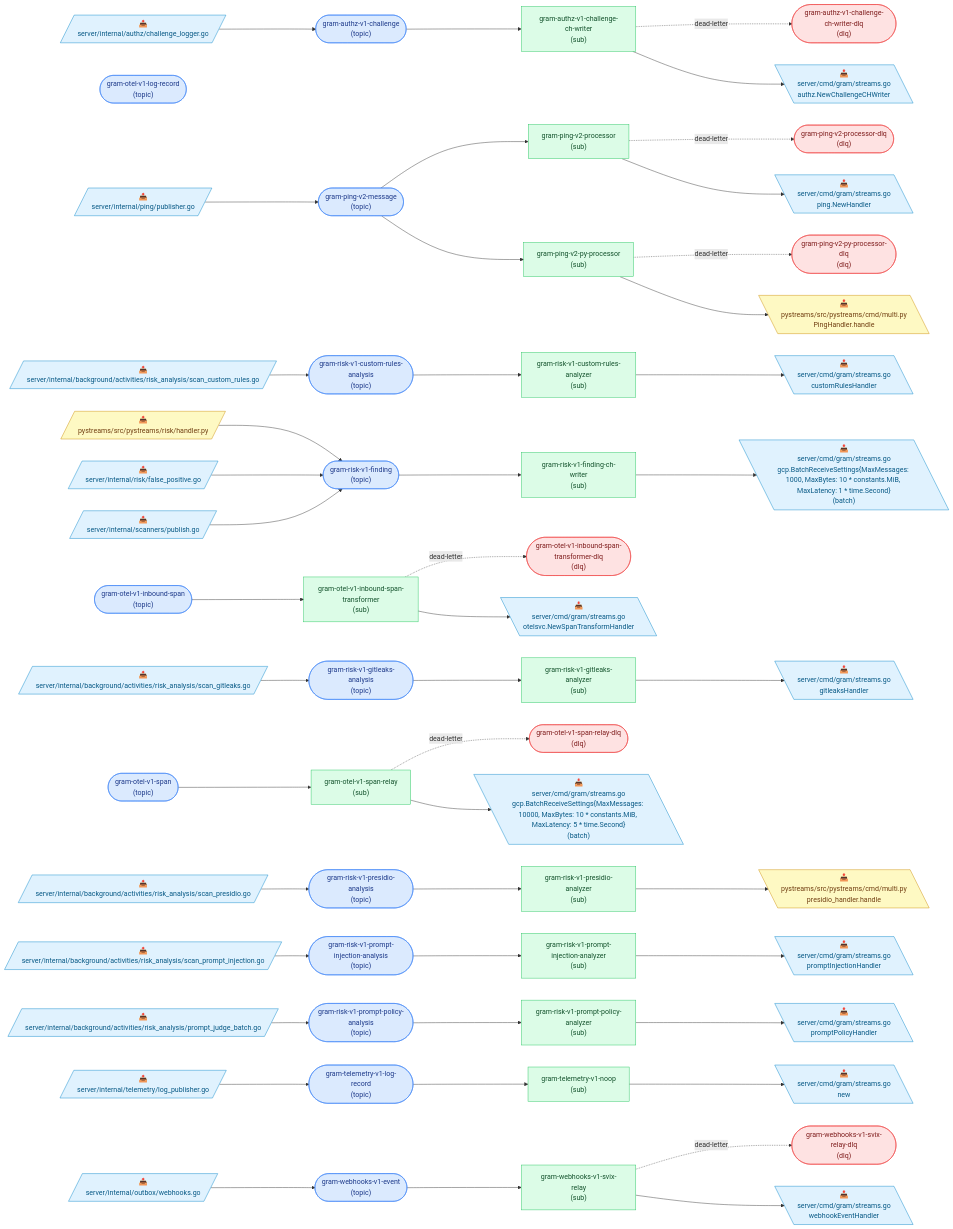
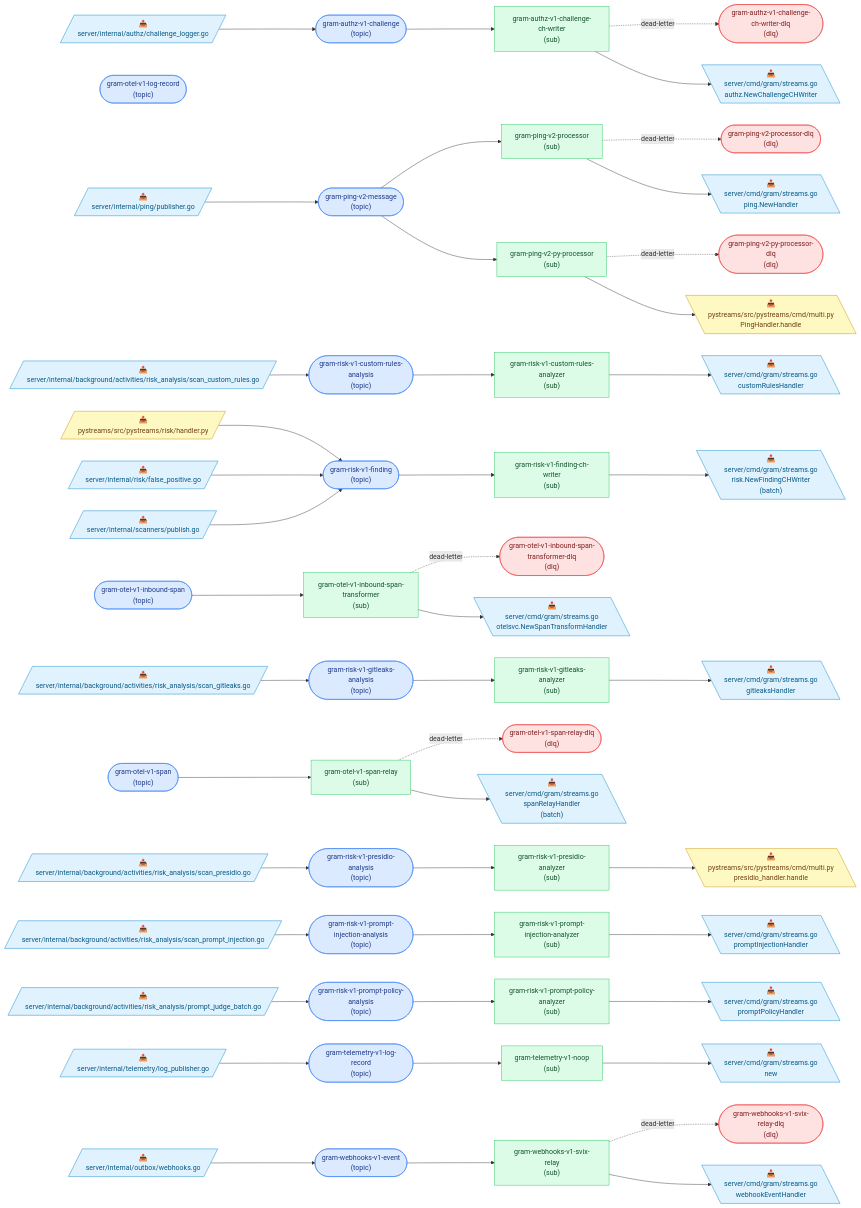
One commit to speakeasy-api/gram changed the diagram in docs/pubsub-topology.md. Above: the diagram before and after it, drawn with Mermaid. The commit also changed other lines of this file and 10 other files, not shown here.

```diff
--- a/docs/pubsub-topology.md
+++ b/docs/pubsub-topology.md
@@ -95,7 +95,7 @@
   s_gram_authz_v1_challenge_ch_writer --> c12
   c13[\"📥<br/>server/cmd/gram/streams.go<br/>otelsvc.NewSpanTransformHandler"\]:::go
   s_gram_otel_v1_inbound_span_transformer --> c13
-  c14[\"📥<br/>server/cmd/gram/streams.go<br/>gcp.BatchReceiveSettings{MaxMessages: 10000, MaxBytes: 10 * constants.MiB, MaxLatency: 5 * time.Second}<br/>(batch)"\]:::go
+  c14[\"📥<br/>server/cmd/gram/streams.go<br/>spanRelayHandler<br/>(batch)"\]:::go
   s_gram_otel_v1_span_relay --> c14
   c15[\"📥<br/>server/cmd/gram/streams.go<br/>ping.NewHandler"\]:::go
   s_gram_ping_v2_processor --> c15
@@ -103,7 +103,7 @@
   s_gram_ping_v2_py_processor --> c16
   c17[\"📥<br/>server/cmd/gram/streams.go<br/>customRulesHandler"\]:::go
   s_gram_risk_v1_custom_rules_analyzer --> c17
-  c18[\"📥<br/>server/cmd/gram/streams.go<br/>gcp.BatchReceiveSettings{MaxMessages: 1000, MaxBytes: 10 * constants.MiB, MaxLatency: 1 * time.Second}<br/>(batch)"\]:::go
+  c18[\"📥<br/>server/cmd/gram/streams.go<br/>risk.NewFindingCHWriter<br/>(batch)"\]:::go
   s_gram_risk_v1_finding_ch_writer --> c18
   c19[\"📥<br/>server/cmd/gram/streams.go<br/>gitleaksHandler"\]:::go
   s_gram_risk_v1_gitleaks_analyzer --> c19
```
